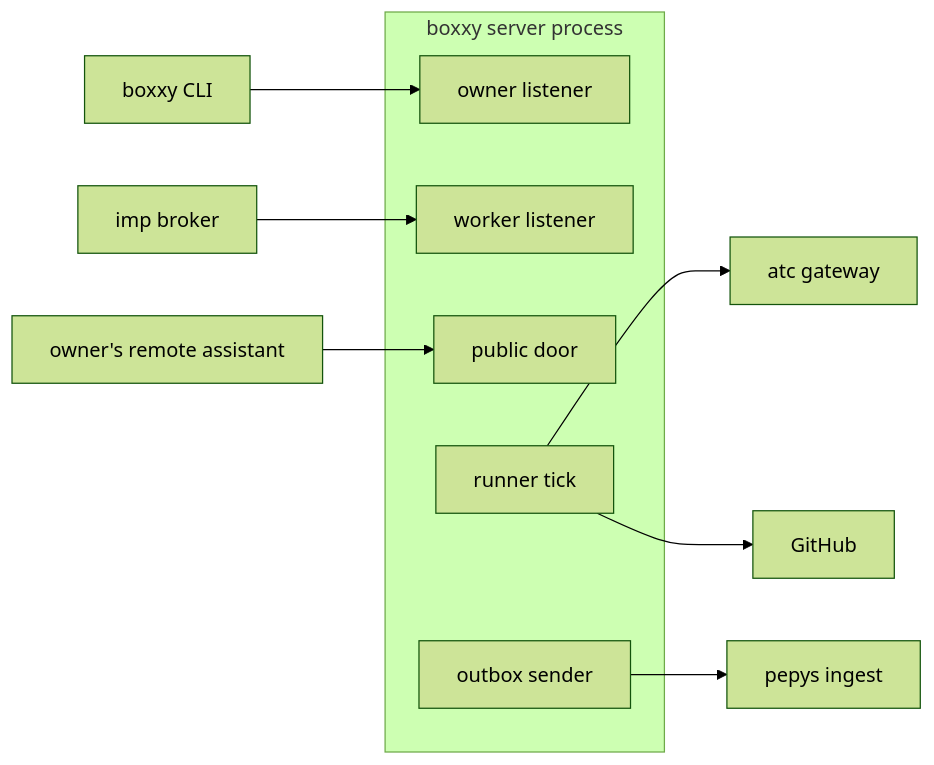
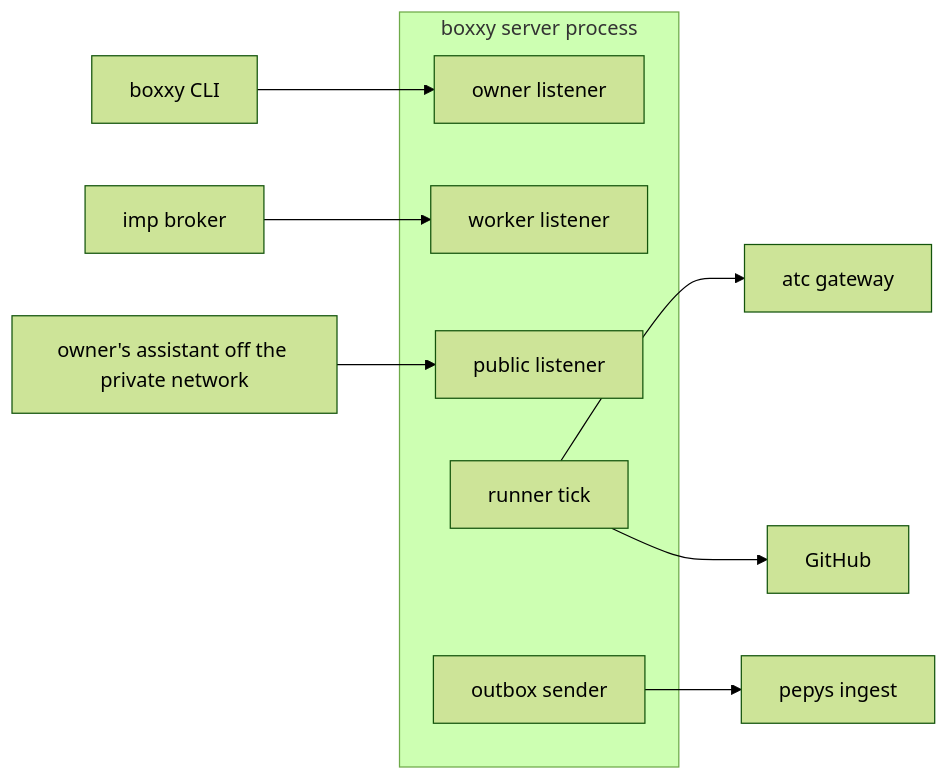
The second of 2 diagrams in docs/architecture/overview.md (zgeoff/boxxy), drawn with Mermaid (forest theme) before and after one commit. The commit also changed other lines of this file and 1 other file, not shown here.

````diff
--- a/docs/architecture/overview.md
+++ b/docs/architecture/overview.md
@@ -42,14 +63,14 @@
 ```mermaid
 flowchart LR
   subgraph server[boxxy server process]
-    owner_l[owner listener] & worker_l[worker listener] & public_l[public door]
+    owner_l[owner listener] & worker_l[worker listener] & public_l[public listener]
     runner[runner tick]
     sender[outbox sender]
   end
   cli[boxxy CLI] --> owner_l
   broker[imp broker] --> worker_l
-  assistant[owner's remote assistant] --> public_l
+  assistant[owner's assistant off the private network] --> public_l
   runner --> atc[atc gateway]
   runner --> github[GitHub]
   sender --> pepys[pepys ingest]
 ```
````
